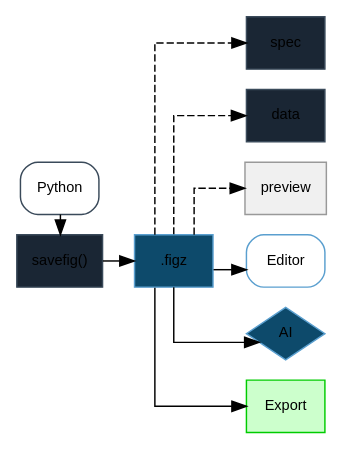
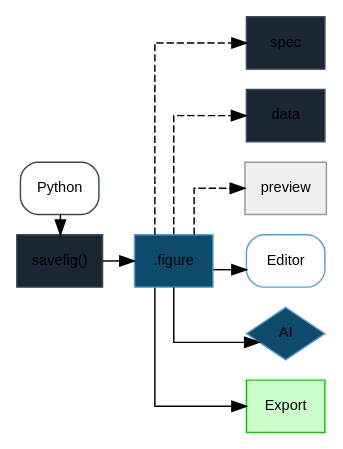
The diagram in src/scitex/diagram/.dev/output/scitex_workflow_publication.dot (ywatanabe1989/scitex-python), drawn with Graphviz before and after one commit. The commit also changed 93 other files, not shown here.

```diff
--- a/src/scitex/diagram/.dev/output/scitex_workflow_publication.dot
+++ b/src/scitex/diagram/.dev/output/scitex_workflow_publication.dot
@@ -1,35 +1,35 @@
 digraph G {
     rankdir=LR;
     ranksep=0.3;
     nodesep=0.2;
     splines=ortho;
     node [fontname="Helvetica", fontsize=10];
     edge [fontname="Helvetica", fontsize=9];
 
     python_code [label="Python", shape=box, fillcolor="#1a2634", style=filled, color="#3a4a5a", style=rounded];
     savefig [label="savefig()", shape=box, fillcolor="#1a2634", style=filled, color="#3a4a5a"];
-    figz_bundle [label=".figz", shape=box, fillcolor="#0d4a6b", style=filled, color="#5a9fcf"];
+    figz_bundle [label=".figure", shape=box, fillcolor="#0d4a6b", style=filled, color="#5a9fcf"];
     spec_json [label="spec", shape=box, fillcolor="#1a2634", style=filled, color="#3a4a5a"];
     data_csv [label="data", shape=box, fillcolor="#1a2634", style=filled, color="#3a4a5a"];
     preview [label="preview", shape=box, fillcolor="#f0f0f0", style=filled, color="#999999"];
     editor [label="Editor", shape=box, fillcolor="#0d4a6b", style=filled, color="#5a9fcf", style=rounded];
     ai_review [label="AI", shape=diamond, fillcolor="#0d4a6b", style=filled, color="#5a9fcf"];
     export [label="Export", shape=box, fillcolor="#ccffcc", style=filled, color="#00cc00"];
 
     { rank=same; python_code; savefig; }
     { rank=same; figz_bundle; }
     { rank=same; spec_json; data_csv; preview; }
     { rank=same; editor; ai_review; }
     { rank=same; export; }
 
     python_code -> savefig;
     savefig -> figz_bundle;
     figz_bundle -> spec_json [style=dashed];
     figz_bundle -> data_csv [style=dashed];
     figz_bundle -> preview [style=dashed];
     figz_bundle -> editor;
     editor -> figz_bundle [style=invis, constraint=true];
     figz_bundle -> ai_review;
     ai_review -> figz_bundle [style=invis, constraint=true];
     figz_bundle -> export;
 }
```
